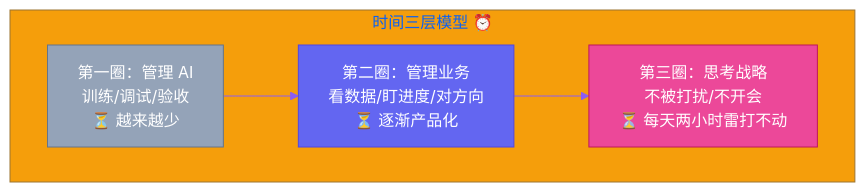
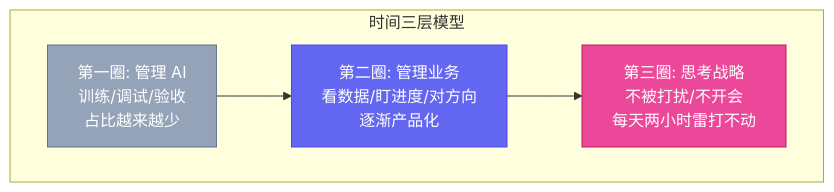
The second of 2 diagrams in posts/yason-and-roberts/zh/ch18.md (VokoForge/ai-prism), drawn with Mermaid before and after one commit. The commit also changed other lines of this file and 31 other files, not shown here.

First line of the commit message:
✨ Rewrite all articles: hook titles, Mermaid diagrams, engaging style

````diff
--- a/posts/yason-and-roberts/zh/ch18.md
+++ b/posts/yason-and-roberts/zh/ch18.md
@@ -99,15 +98,14 @@
 ```mermaid
-%%{init: {'theme': 'base', 'themeVariables': {'primaryColor': '#6366f1','primaryTextColor': '#fff','primaryBorderColor': '#4f46e5','lineColor': '#8b5cf6','secondaryColor': '#ec4899','tertiaryColor': '#f59e0b'}}}%%
 graph TB
-    subgraph "时间三层模型 ⏰"
-        C1["第一圈：管理 AI<br>训练/调试/验收<br>⏳ 越来越少"]
-        C2["第二圈：管理业务<br>看数据/盯进度/对方向<br>⏳ 逐渐产品化"]
-        C3["第三圈：思考战略<br>不被打扰/不开会<br>⏳ 每天两小时雷打不动"]
+    subgraph "时间三层模型"
+        C1["第一圈: 管理 AI<br>训练/调试/验收<br>占比越来越少"]
+        C2["第二圈: 管理业务<br>看数据/盯进度/对方向<br>逐渐产品化"]
+        C3["第三圈: 思考战略<br>不被打扰/不开会<br>每天两小时雷打不动"]
     end
 
     C1 --> C2 --> C3
 
     style C1 fill:#94a3b8,stroke:#64748b,color:#fff
     style C2 fill:#6366f1,stroke:#4f46e5,color:#fff
     style C3 fill:#ec4899,stroke:#be185d,color:#fff
 ```
````
